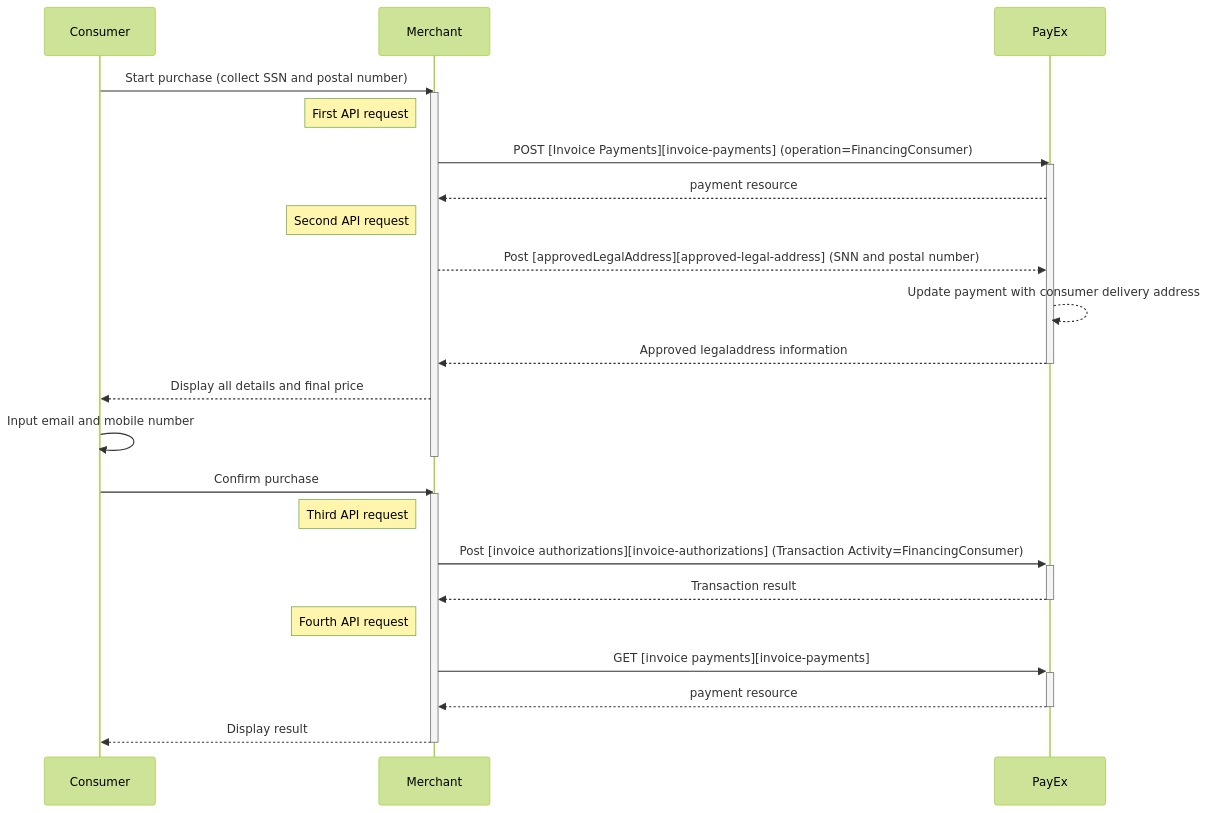
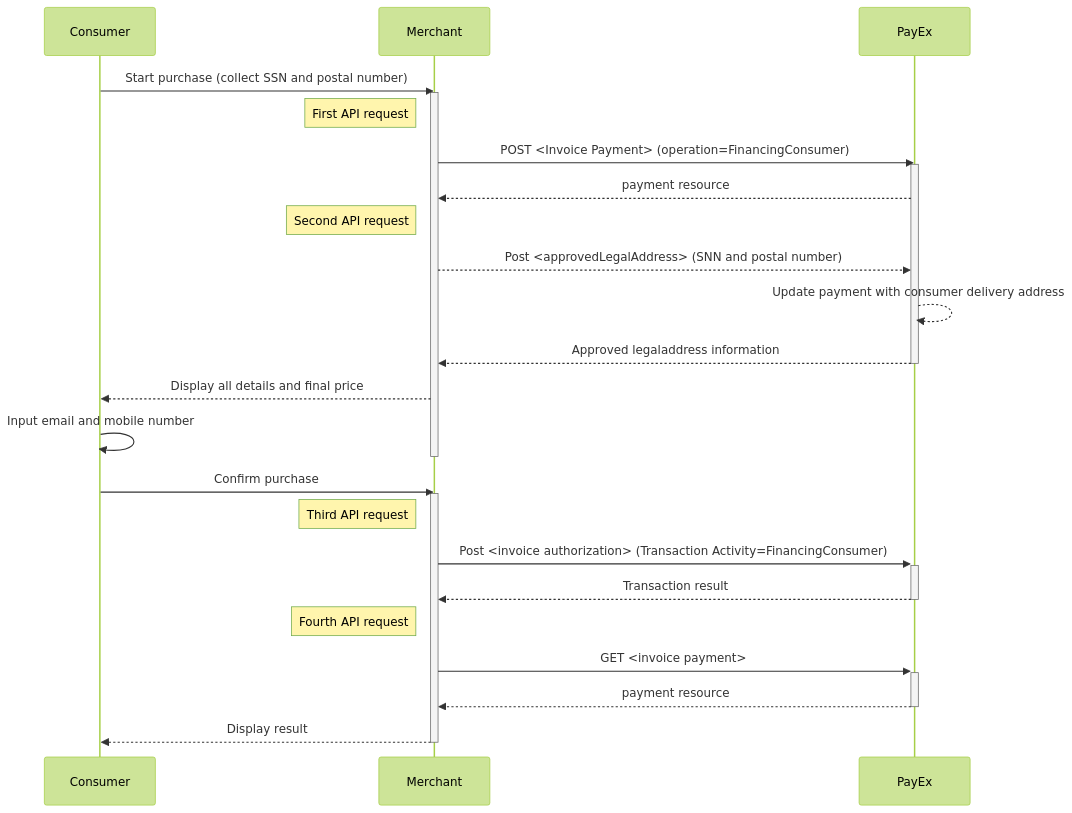
The diagram in payments/invoice/seamless-view.md (SwedbankPay/developer.swedbankpay.com), drawn with Mermaid (forest theme) before and after one commit. The commit also changed other lines of this file and 5 other files, not shown here.

````diff
--- a/payments/invoice/seamless-view.md
+++ b/payments/invoice/seamless-view.md
@@ -61,27 +88,27 @@
 ```mermaid
 sequenceDiagram
     Consumer->>Merchant: Start purchase (collect SSN and postal number)
     activate Merchant
     note left of Merchant: First API request 
-    Merchant->>PayEx: POST [Invoice Payments][invoice-payments] (operation=FinancingConsumer)
+    Merchant->>PayEx: POST <Invoice Payment> (operation=FinancingConsumer)
     activate PayEx
     PayEx-->>Merchant: payment resource
     note left of Merchant: Second API request
-    Merchant-->>PayEx: Post [approvedLegalAddress][approved-legal-address] (SNN and postal number)
+    Merchant-->>PayEx: Post <approvedLegalAddress> (SNN and postal number)
     PayEx-->>PayEx: Update payment with consumer delivery address
     PayEx-->>Merchant: Approved legaladdress information
     deactivate PayEx
     Merchant-->>Consumer: Display all details and final price
     Consumer->>Consumer: Input email and mobile number
     deactivate Merchant
     Consumer->>Merchant: Confirm purchase
     activate Merchant
     note left of Merchant: Third API request
-    Merchant->>+PayEx: Post [invoice authorizations][invoice-authorizations] (Transaction Activity=FinancingConsumer)
+    Merchant->>+PayEx: Post <invoice authorization> (Transaction Activity=FinancingConsumer)
     PayEx-->>-Merchant: Transaction result
     note left of Merchant: Fourth API request
-    Merchant->>+PayEx: GET [invoice payments][invoice-payments] 
+    Merchant->>+PayEx: GET <invoice payment> 
     PayEx-->>-Merchant: payment resource
     Merchant-->>Consumer: Display result
     deactivate Merchant
 ```
````
